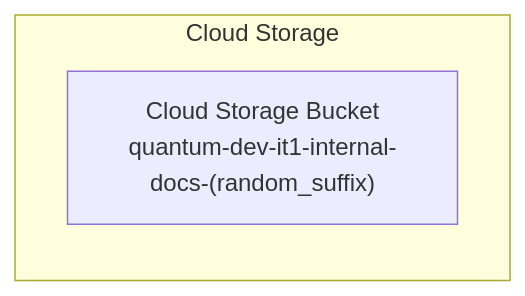
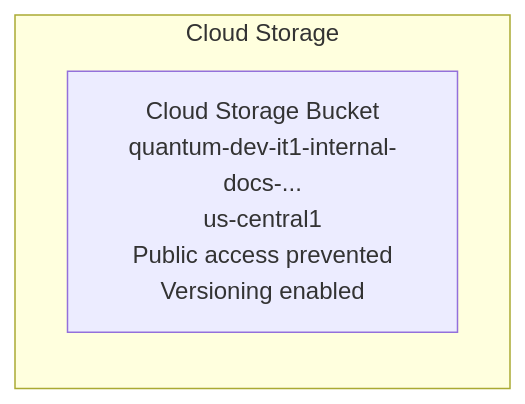
The diagram in stacks/it-1/architecture.mmd (manubabugenai/neo-terraform-output), drawn with Mermaid before and after one commit.

Commit message:
Add architecture diagram for it-1

```diff
--- a/stacks/it-1/architecture.mmd
+++ b/stacks/it-1/architecture.mmd
@@ -1,4 +1,4 @@
 flowchart LR
     subgraph Storage["Cloud Storage"]
-        Bucket["Cloud Storage Bucket<br/>quantum-dev-it1-internal-docs-(random_suffix)"]
+        Bucket["Cloud Storage Bucket<br/>quantum-dev-it1-internal-docs-...<br/>us-central1<br/>Public access prevented<br/>Versioning enabled"]
     end
```
